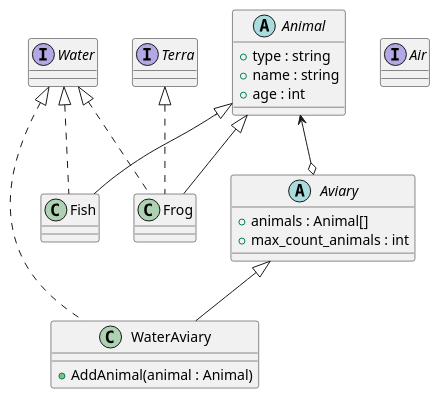
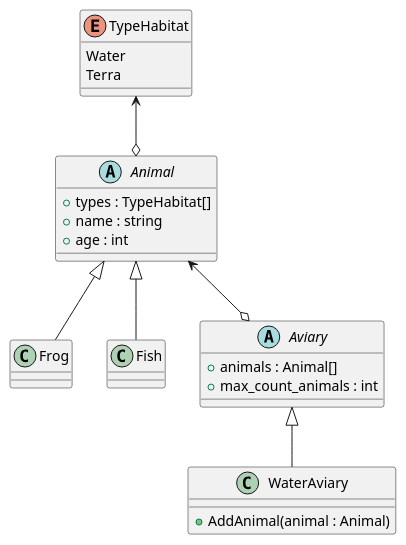
One commit to anst-foto/Zoo changed the diagram in Zoo/class_diagram.puml. Above: the diagram before and after it, drawn with PlantUML. The commit also changed 16 other files, not shown here.

```diff
--- a/Zoo/class_diagram.puml
+++ b/Zoo/class_diagram.puml
@@ -1,35 +1,33 @@
 @startuml
 'https://plantuml.com/class-diagram
 
-interface Water {}
-interface Terra {}
-interface Air {}
+enum TypeHabitat{
+Water
+Terra
+}
 
+TypeHabitat <--o Animal
 abstract class Animal {
-+ type : string
++ types : TypeHabitat[]
 + name : string
 + age : int
 }
 
 Animal <|-- Frog
-Water <|.. Frog
-Terra <|.. Frog
 class Frog {}
 
 Animal <|-- Fish
-Water <|.. Fish
 class Fish {}
 
 Animal <--o Aviary
 abstract class Aviary {
 + animals : Animal[]
 + max_count_animals : int
 }
 
 Aviary <|-- WaterAviary
-Water <|.. WaterAviary
 class WaterAviary {
 + AddAnimal(animal : Animal)
 }
 
 @enduml
```
